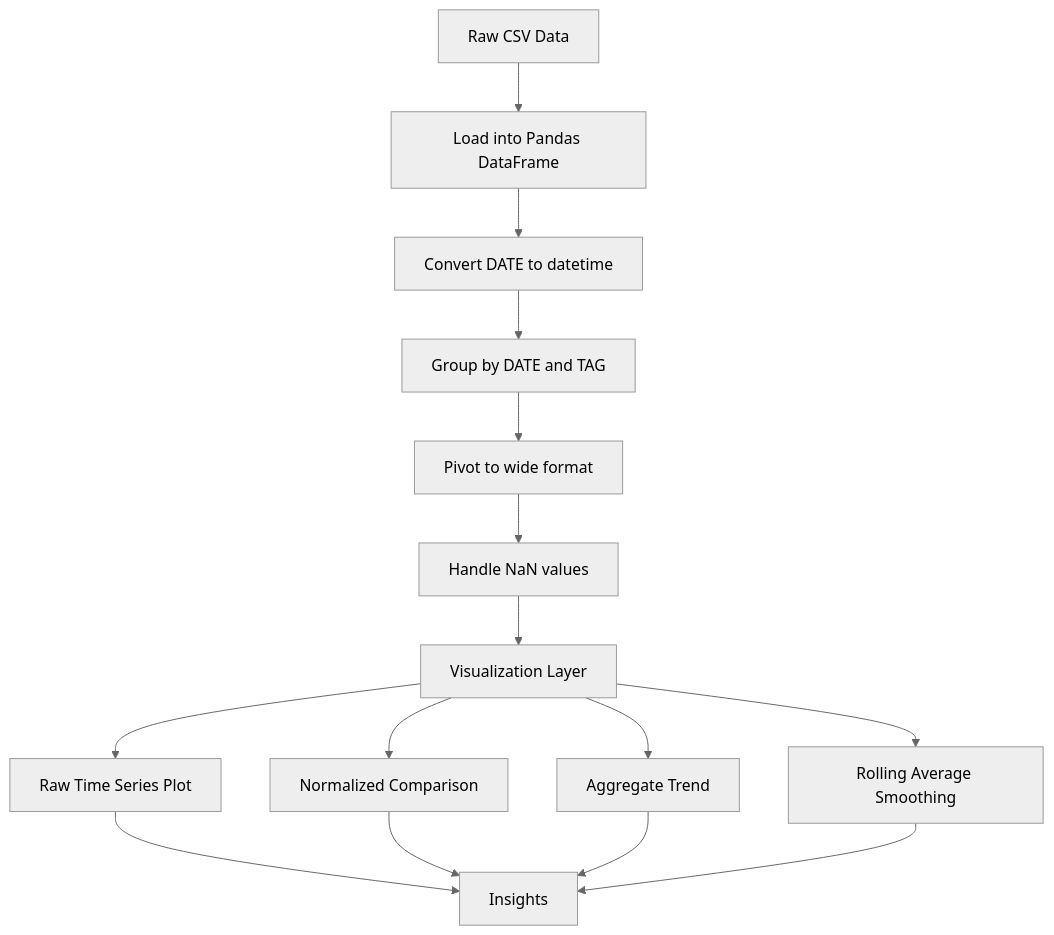
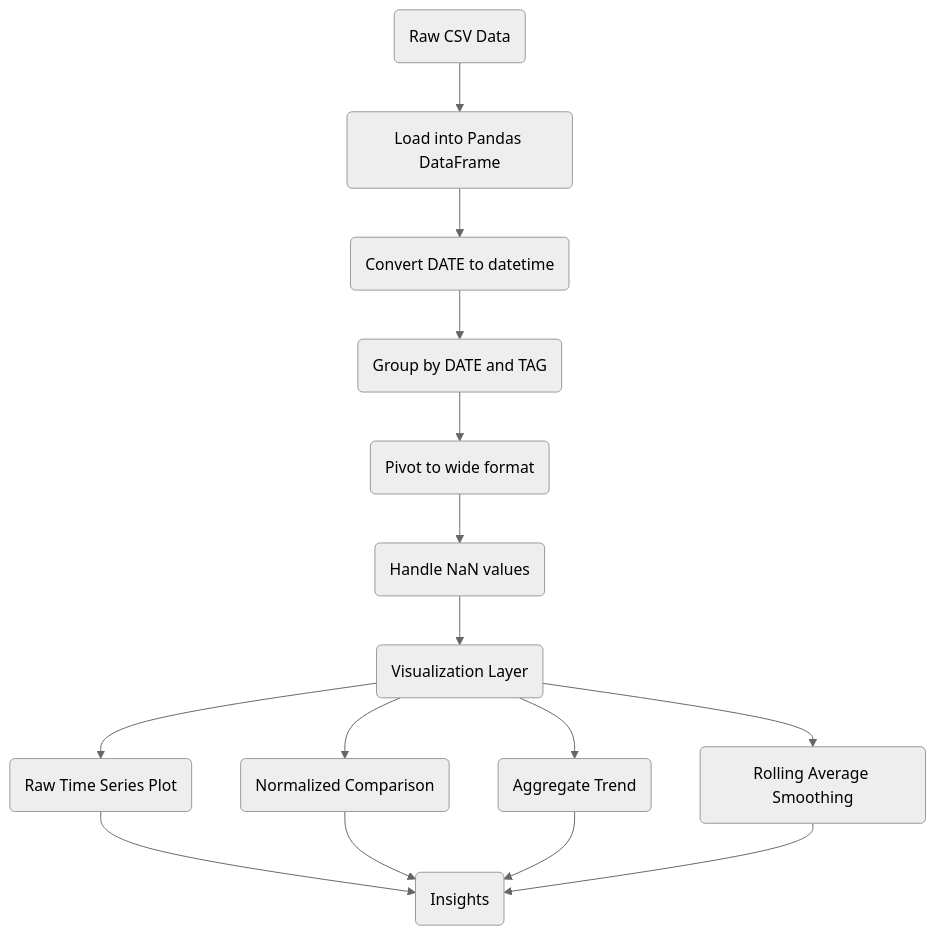
One commit to Zamir29/100-days-of-Python changed the diagram in daily_logs/day_73.md. Above: the diagram before and after it, drawn with Mermaid (neutral theme).

Commit message:
(day_73): fix style flowchart in daily log day_73

````diff
--- a/daily_logs/day_73.md
+++ b/daily_logs/day_73.md
@@ -69,17 +69,17 @@
 ```mermaid
 graph TD;
-A[Raw CSV Data] --> B[Load into Pandas DataFrame];
-    B --> C[Convert DATE to datetime];
-    C --> D[Group by DATE and TAG];
-    D --> E[Pivot to wide format];
-    E --> F[Handle NaN values];
-    F --> G[Visualization Layer];
-    G --> H1[Raw Time Series Plot];
-    G --> H2[Normalized Comparison];
-    G --> H3[Aggregate Trend];
-    G --> H4[Rolling Average Smoothing];
-    H1 --> I[Insights];
+A(Raw CSV Data) --> B(Load into Pandas DataFrame);
+    B --> C(Convert DATE to datetime);
+    C --> D(Group by DATE and TAG);
+    D --> E(Pivot to wide format);
+    E --> F(Handle NaN values);
+    F --> G(Visualization Layer);
+    G --> H1(Raw Time Series Plot);
+    G --> H2(Normalized Comparison);
+    G --> H3(Aggregate Trend);
+    G --> H4(Rolling Average Smoothing);
+    H1 --> I(Insights);
     H2 --> I;
     H3 --> I;
     H4 --> I;
 ```
````
